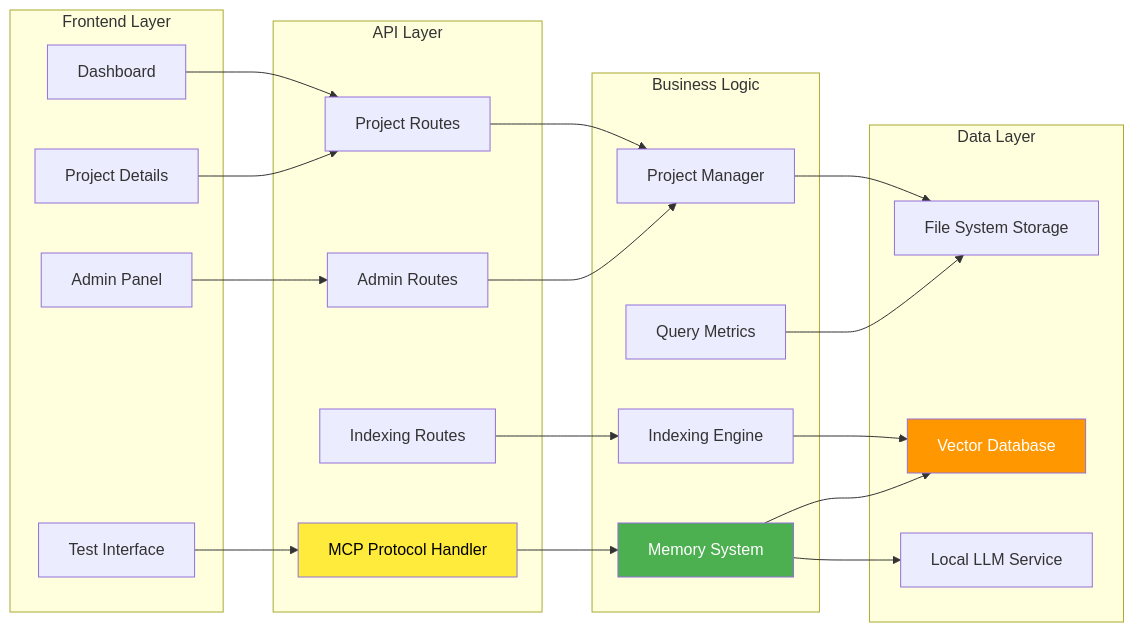
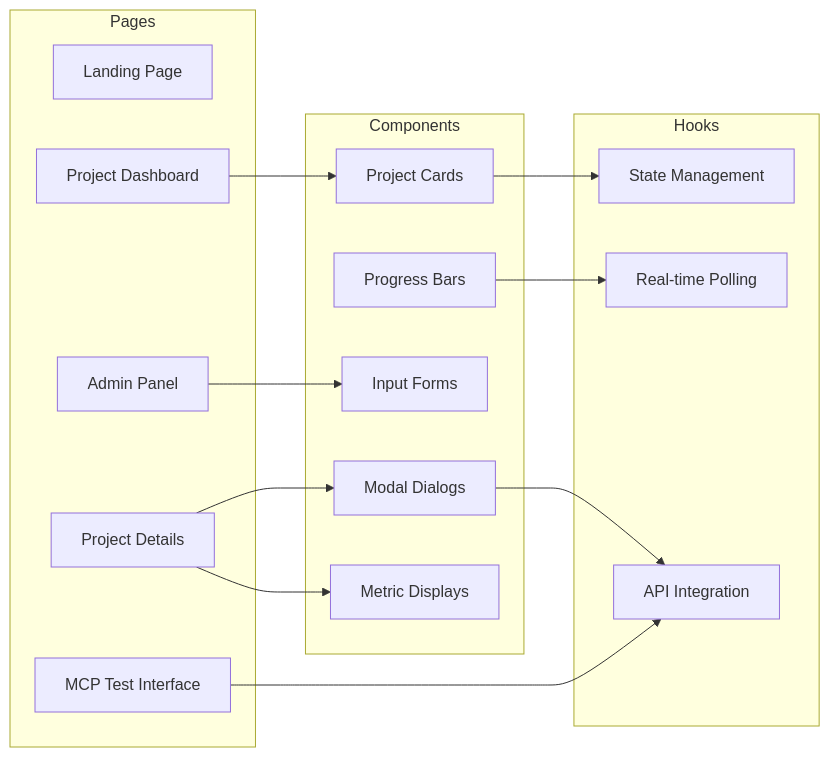
The second of 6 diagrams in README.md (piwi3910/ideamem), drawn with Mermaid before and after one commit. The commit also changed other lines of this file and 12 other files, not shown here.

````diff
--- a/README.md
+++ b/README.md
@@ -158,49 +120,34 @@
 ```mermaid
 graph LR
-    subgraph "Frontend Layer"
-        D[Dashboard]
-        PD[Project Details]
-        A[Admin Panel]
-        T[Test Interface]
+    subgraph "Pages"
+        Home[Landing Page]
+        Dashboard[Project Dashboard]
+        Details[Project Details]
+        Admin[Admin Panel]
+        Test[MCP Test Interface]
     end
 
-    subgraph "API Layer"
-        MCP[MCP Protocol Handler]
-        PR[Project Routes]
-        AR[Admin Routes]
-        IR[Indexing Routes]
+    subgraph "Components"
+        Modal[Modal Dialogs]
+        Cards[Project Cards]
+        Forms[Input Forms]
+        Progress[Progress Bars]
+        Metrics[Metric Displays]
     end
 
-    subgraph "Business Logic"
-        PM[Project Manager]
-        IM[Indexing Engine]
-        MM[Memory System]
-        QM[Query Metrics]
+    subgraph "Hooks"
+        State[State Management]
+        Polling[Real-time Polling]
+        API[API Integration]
     end
 
-    subgraph "Data Layer"
-        FS[File System Storage]
-        VDB[Vector Database]
-        LLM[Local LLM Service]
-    end
+    Dashboard --> Cards
+    Details --> Metrics
+    Details --> Modal
+    Admin --> Forms
+    Test --> API
 
-    D --> PR
-    PD --> PR
-    A --> AR
-    T --> MCP
-
-    MCP --> MM
-    PR --> PM
-    AR --> PM
-    IR --> IM
-
-    PM --> FS
-    IM --> VDB
-    MM --> VDB
-    MM --> LLM
-    QM --> FS
-
-    style MCP fill:#ffeb3b,color:#000
-    style MM fill:#4caf50,color:#fff
-    style VDB fill:#ff9800,color:#fff
+    Cards --> State
+    Progress --> Polling
+    Modal --> API
 ```
````
